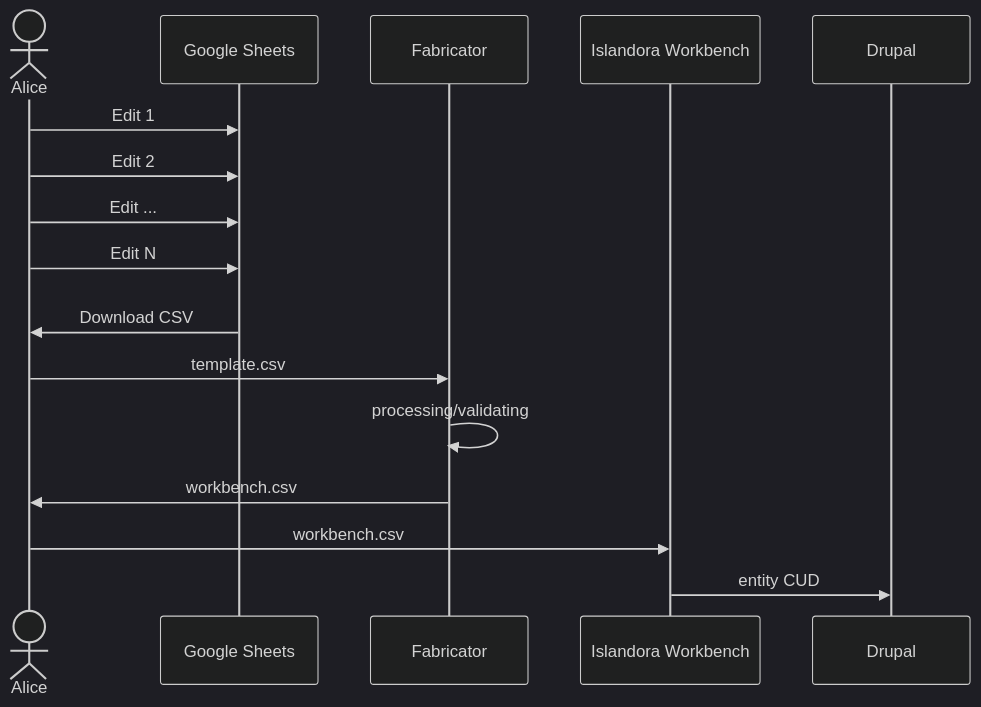
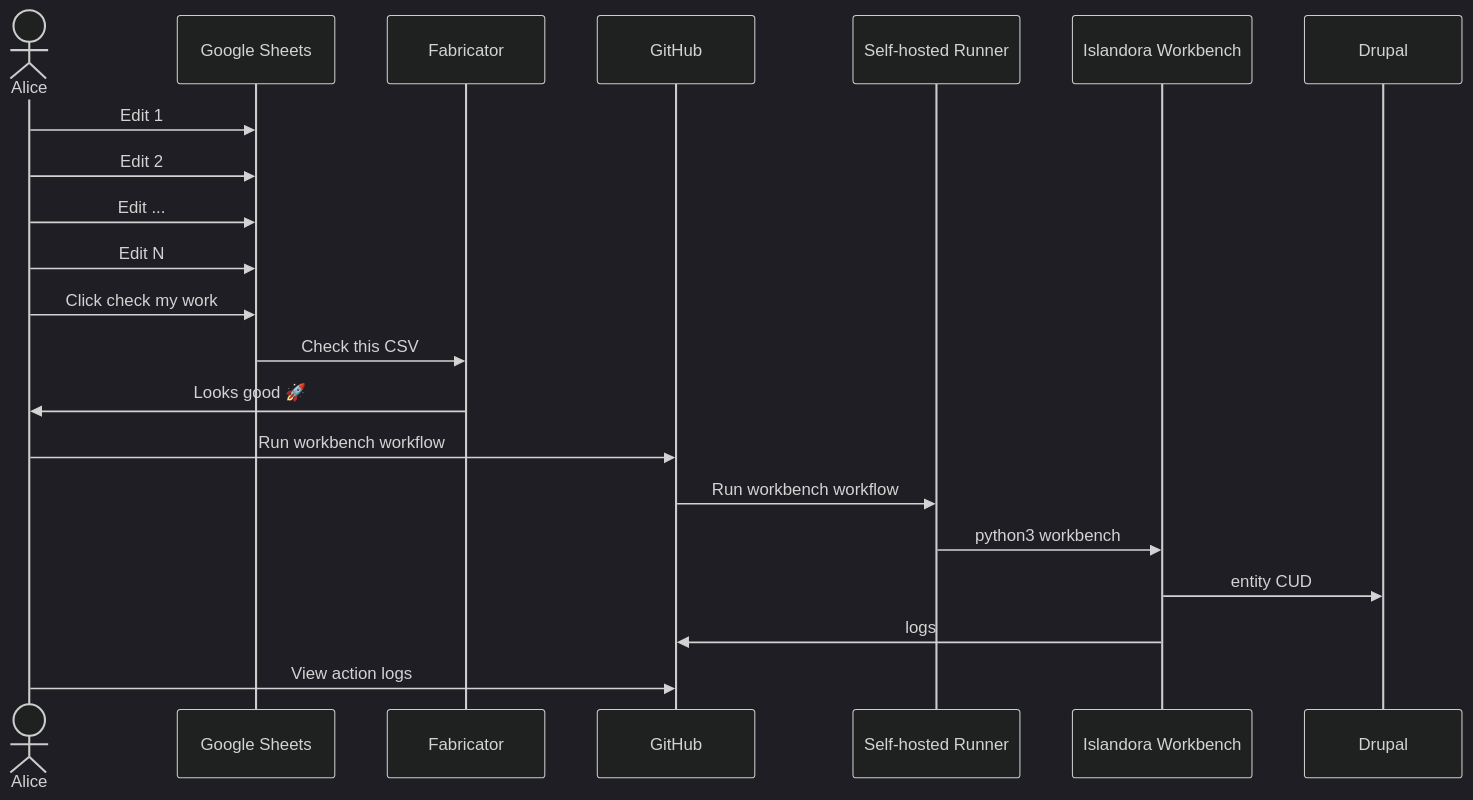
The diagram in README.md (lehigh-university-libraries/fabricator), drawn with Mermaid (dark theme) before and after one commit. The commit also changed other lines of this file and 4 other files, not shown here.

````diff
--- a/README.md
+++ b/README.md
@@ -9,14 +11,17 @@
 ```mermaid
 sequenceDiagram
     actor Alice
     Alice->>Google Sheets: Edit 1
     Alice->>Google Sheets: Edit 2
     Alice->>Google Sheets: Edit ...
     Alice->>Google Sheets: Edit N
-    Google Sheets->>Alice: <br>Download CSV
-    Alice->>Fabricator: template.csv
-    Fabricator->>Fabricator: processing/validating
-    Fabricator->>Alice: workbench.csv
-    Alice->>Islandora Workbench: workbench.csv
+    Alice->>Google Sheets: Click check my work
+    Google Sheets->>Fabricator: Check this CSV
+    Fabricator->>Alice: Looks good 🚀
+    Alice->>GitHub: Run workbench workflow
+    GitHub->>Self-hosted Runner: Run workbench workflow
+    Self-hosted Runner->>Islandora Workbench: python3 workbench
     Islandora Workbench->>Drupal: entity CUD
+    Islandora Workbench->>GitHub: logs
+    Alice->>GitHub: View action logs
 ```
````
